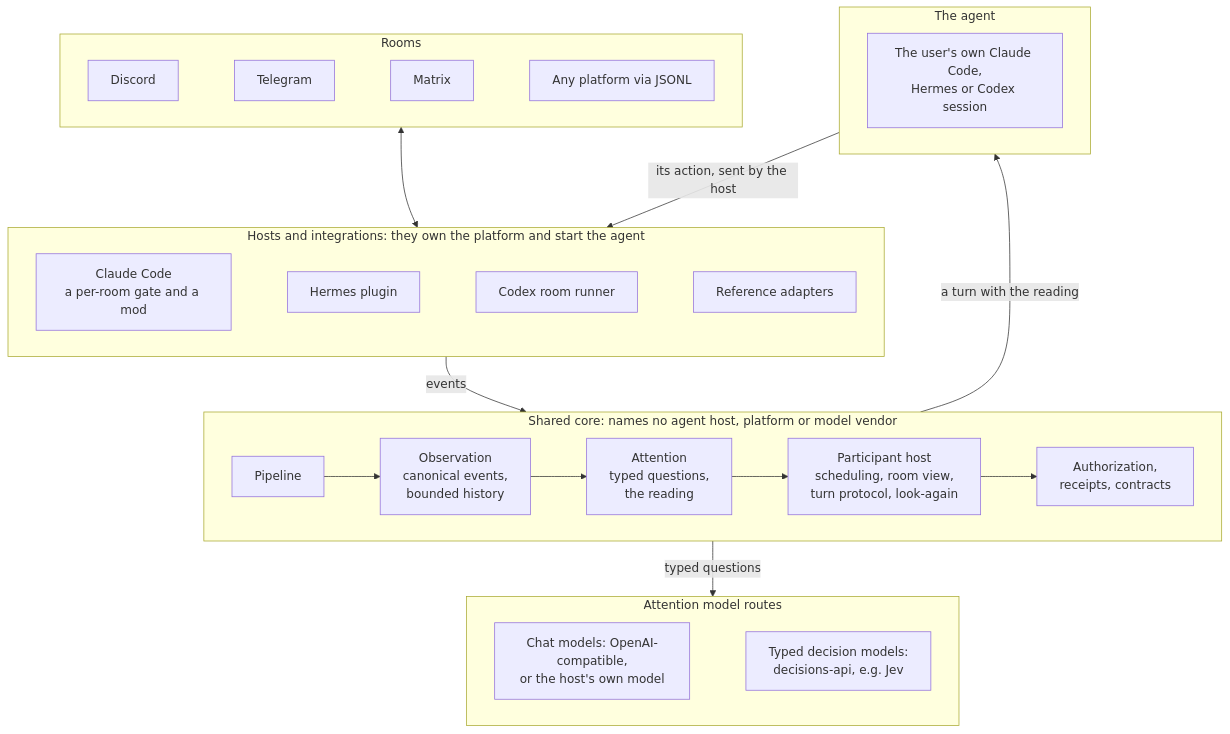
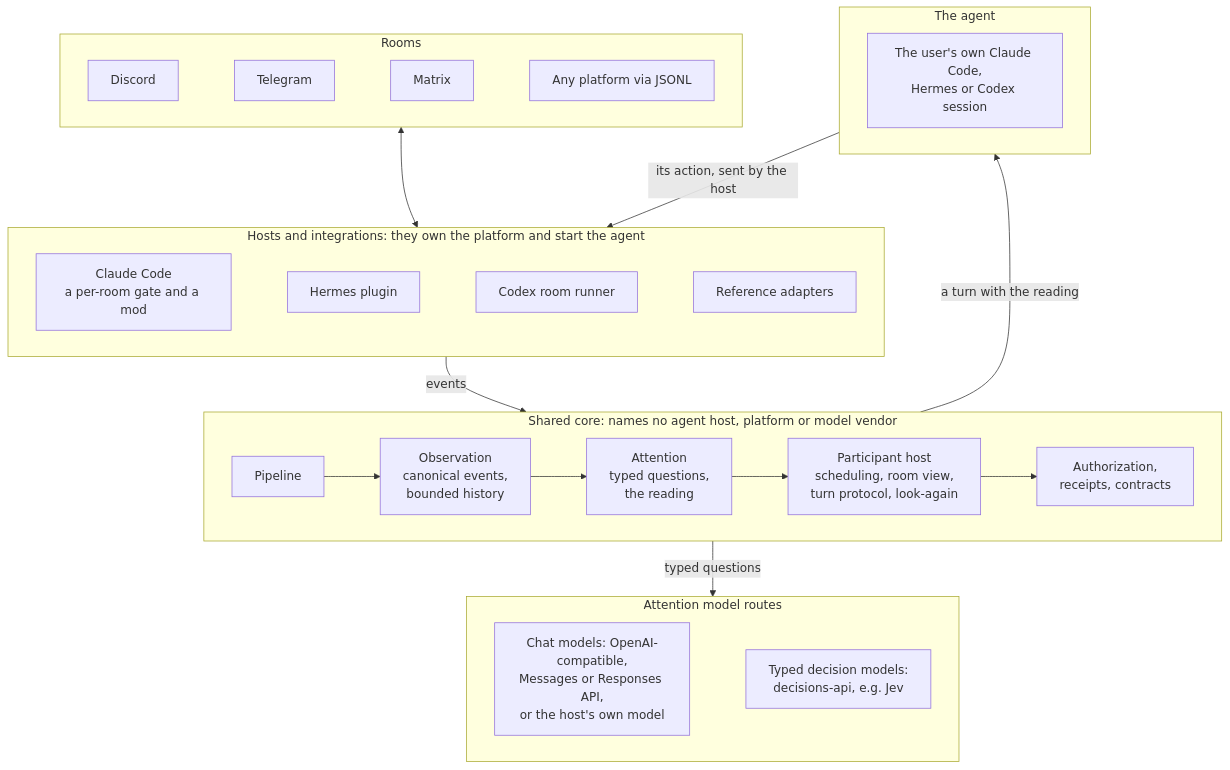
One commit to mentatzoe/nunchi changed the second of 3 diagrams in README.md. Above: the diagram before and after it, drawn with Mermaid. The commit also changed other lines of this file and 6 other files, not shown here.

First line of the commit message:
Document the Messages and Responses attention routes

````diff
--- a/README.md
+++ b/README.md
@@ -46,27 +46,27 @@
 ```mermaid
 flowchart TB
     subgraph rooms["Rooms"]
         direction LR
         discord["Discord"] ~~~ telegram["Telegram"] ~~~ matrix["Matrix"] ~~~ generic["Any platform via JSONL"]
     end
     subgraph hosts["Hosts and integrations: they own the platform and start the agent"]
         direction LR
         cc["Claude Code<br/>a per-room gate and a mod"] ~~~ hermes["Hermes plugin"] ~~~ codex["Codex room runner"] ~~~ ref["Reference adapters"]
     end
     subgraph core["Shared core: names no agent host, platform or model vendor"]
         direction LR
         pipeline["Pipeline"] --> observation["Observation<br/>canonical events,<br/>bounded history"] --> attention["Attention<br/>typed questions,<br/>the reading"] --> host["Participant host<br/>scheduling, room view,<br/>turn protocol, look-again"] --> guard["Authorization,<br/>receipts, contracts"]
     end
     subgraph models["Attention model routes"]
         direction LR
-        chat["Chat models: OpenAI-compatible,<br/>or the host's own model"] ~~~ typed["Typed decision models:<br/>decisions-api, e.g. Jev"]
+        chat["Chat models: OpenAI-compatible,<br/>Messages or Responses API,<br/>or the host's own model"] ~~~ typed["Typed decision models:<br/>decisions-api, e.g. Jev"]
     end
     subgraph agent["The agent"]
         session["The user's own Claude Code,<br/>Hermes or Codex session"]
     end
     rooms <--> hosts
     hosts -- "events" --> core
     core -- "typed questions" --> models
     core -- "a turn with the reading" --> agent
     agent -- "its action, sent by the host" --> hosts
 ```
````
